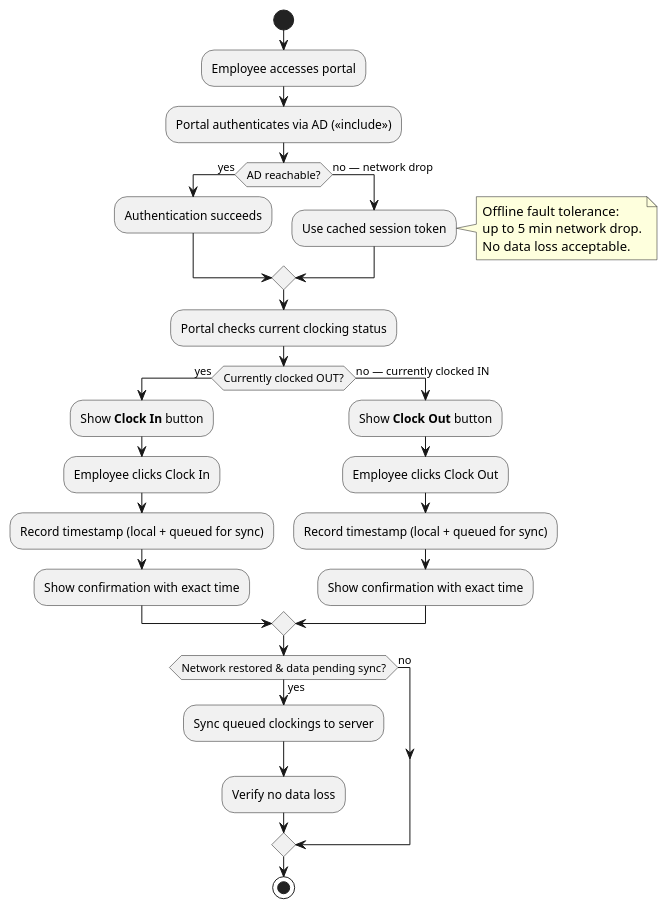
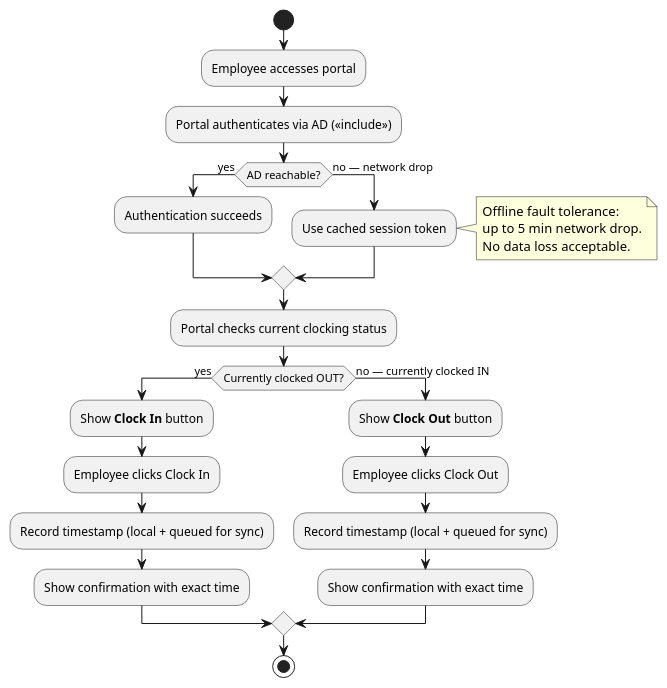
One commit to banense-test/demo-janke-lab changed the second of 11 diagrams in docs/artifacts/requirements/use-case-model.md. Above: the diagram before and after it, drawn with PlantUML. The commit also changed other lines of this file, not shown here.

````diff
--- a/docs/artifacts/requirements/use-case-model.md
+++ b/docs/artifacts/requirements/use-case-model.md
@@ -138,35 +141,30 @@
 ```plantuml
 @startuml
 start
 :Employee accesses portal;
 :Portal authenticates via AD (<<include>>);
 if (AD reachable?) then (yes)
   :Authentication succeeds;
 else (no — network drop)
   :Use cached session token;
   note right
     Offline fault tolerance:
     up to 5 min network drop.
     No data loss acceptable.
   end note
 endif
 :Portal checks current clocking status;
 if (Currently clocked OUT?) then (yes)
   :Show **Clock In** button;
   :Employee clicks Clock In;
   :Record timestamp (local + queued for sync);
   :Show confirmation with exact time;
 else (no — currently clocked IN)
   :Show **Clock Out** button;
   :Employee clicks Clock Out;
   :Record timestamp (local + queued for sync);
   :Show confirmation with exact time;
 endif
-if (Network restored & data pending sync?) then (yes)
-  :Sync queued clockings to server;
-  :Verify no data loss;
-else (no)
-endif
 stop
 @enduml
 ```
````
